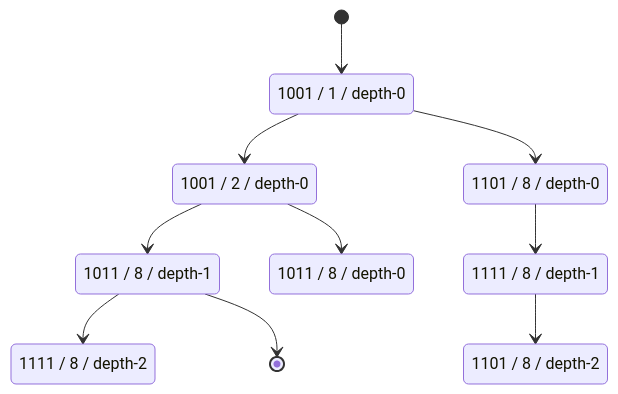
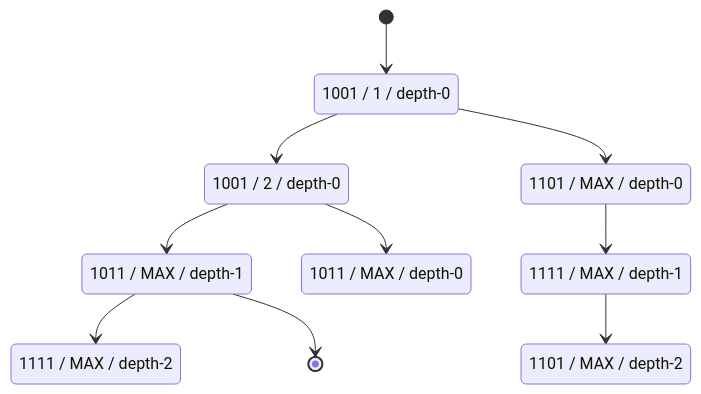
One commit to geobeau/trie changed the third of 3 diagrams in README.md. Above: the diagram before and after it, drawn with Mermaid. The commit also changed 1 other file, not shown here.

Commit message:
Make insert work

````diff
--- a/README.md
+++ b/README.md
@@ -91,26 +91,26 @@
 ```mermaid
 stateDiagram-v2
     node1: 1001 / 1 / depth-0
     node1bis: 1001 / 2 / depth-0
 
-    node2: 1011 / 8 / depth-1
-    node3: 1111 / 8 / depth-2
+    node2: 1011 / MAX / depth-1
+    node3: 1111 / MAX / depth-2
 
-    node4: 1101 / 8 / depth-0
-    node5: 1111 / 8 / depth-1
-    node6: 1101 / 8 / depth-2
+    node4: 1101 / MAX / depth-0
+    node5: 1111 / MAX / depth-1
+    node6: 1101 / MAX / depth-2
 
-    node7: 1011 / 8 / depth-0
+    node7: 1011 / MAX / depth-0
     [*] --> node1
 
     node1 --> node1bis
     node1bis --> node2
     node1bis --> node7
     node1 --> node4
 
     node2 --> node3
     node2 --> [*]
     node4 --> node5
     node5 --> node6
 
 ```
````
